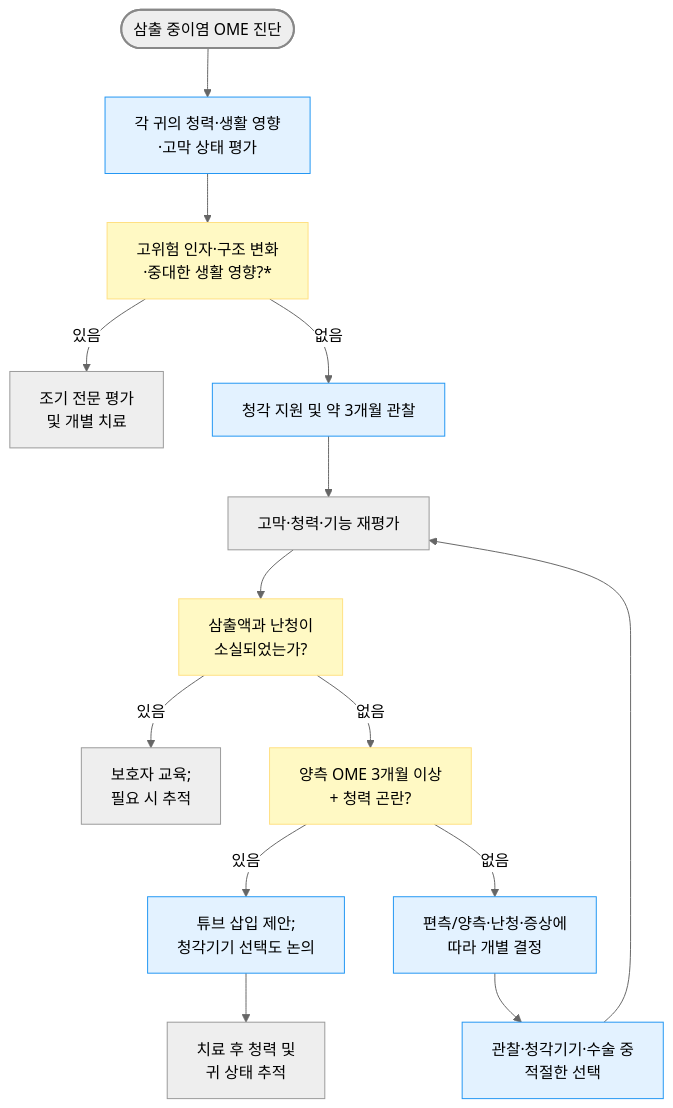
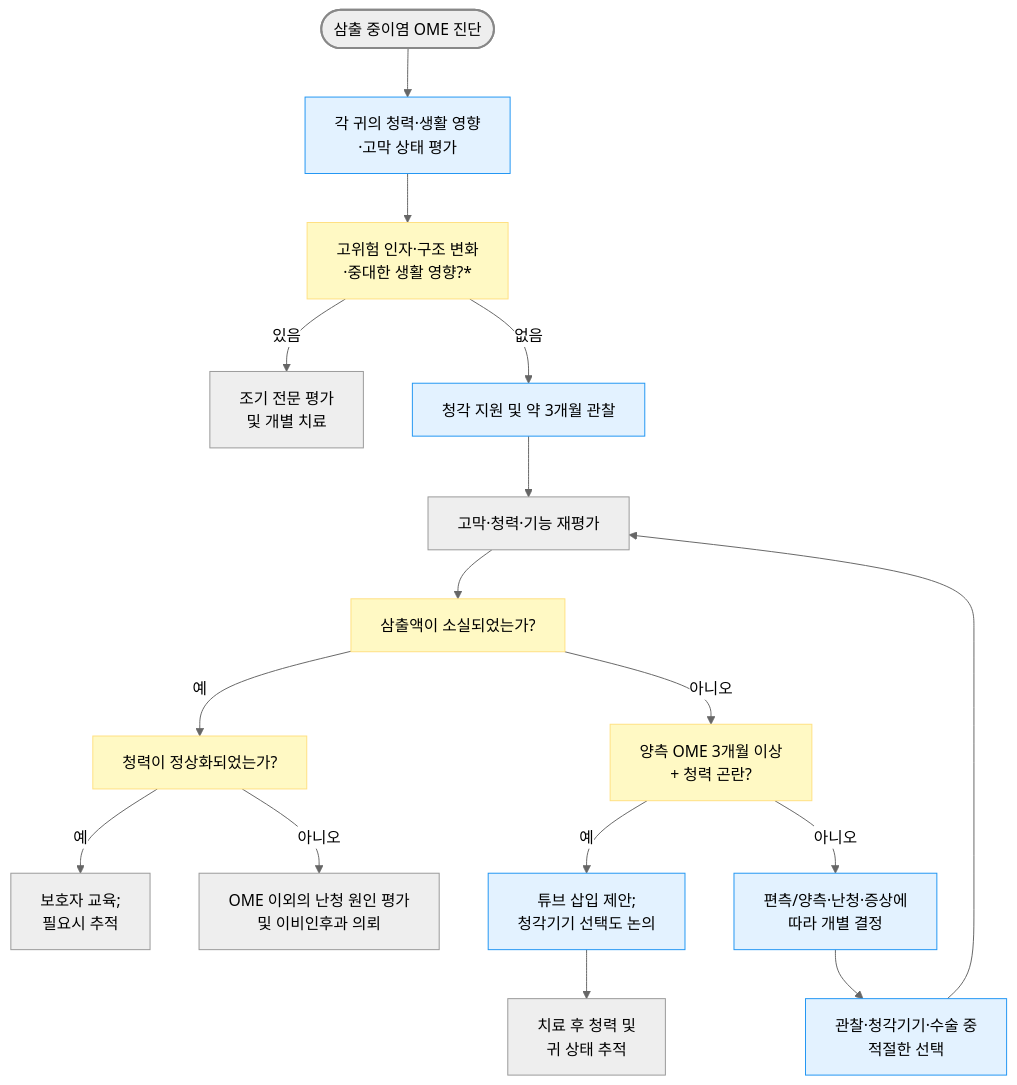
One commit to familyoh77/familyoh77 changed the diagram in 222_/048_-otitis-media.md. Above: the diagram before and after it, drawn with Mermaid (neutral theme). The commit also changed other lines of this file, not shown here.

````diff
--- a/222_/048_-otitis-media.md
+++ b/222_/048_-otitis-media.md
@@ -188,21 +189,23 @@
 ```mermaid
 graph TD
     Start(["삼출 중이염 OME 진단"]) --> Eval["각 귀의 청력·생활 영향<br/>·고막 상태 평가"]
     Eval --> Risk["고위험 인자·구조 변화<br/>·중대한 생활 영향?*"]
     Risk -- 있음 --> Early["조기 전문 평가 <br/>및 개별 치료"]
     Risk -- 없음 --> Observe["청각 지원 및 약 3개월 관찰"]
     Observe --> Review["고막·청력·기능 재평가"]
-    Review --> Gone["삼출액과 난청이 <br/>소실되었는가?"]
-    Gone -- 있음 --> End["보호자 교육; <br/>필요 시 추적"]
-    Gone -- 없음 --> Bilateral["양측 OME 3개월 이상 <br/>+ 청력 곤란?"]
-    Bilateral -- 있음 --> Offer["튜브 삽입 제안; <br/>청각기기 선택도 논의"]
-    Bilateral -- 없음 --> Tailor["편측/양측·난청·증상에 <br/>따라 개별 결정"]
+    Review --> Gone["삼출액이 소실되었는가?"]
+    Gone -- 예 --> Hearing["청력이 정상화되었는가?"]
+    Hearing -- 예 --> End["보호자 교육; <br/>필요시 추적"]
+    Hearing -- 아니오 --> Other["OME 이외의 난청 원인 평가<br/>및 이비인후과 의뢰"]
+    Gone -- 아니오 --> Bilateral["양측 OME 3개월 이상 <br/>+ 청력 곤란?"]
+    Bilateral -- 예 --> Offer["튜브 삽입 제안; <br/>청각기기 선택도 논의"]
+    Bilateral -- 아니오 --> Tailor["편측/양측·난청·증상에 <br/>따라 개별 결정"]
     Offer --> Follow["치료 후 청력 및 <br/>귀 상태 추적"]
     Tailor --> Plan["관찰·청각기기·수술 중 <br/>적절한 선택"]
     Plan --> Review
     style Start fill:#eeeeee,stroke:#888888,stroke-width:2px
     classDef sky fill:#e3f2ff,stroke:#2196f3
     class Eval,Observe,Offer,Tailor,Plan sky
     classDef q fill:#fff9c4,stroke:#ffe082
-    class Risk,Gone,Bilateral q
+    class Risk,Gone,Hearing,Bilateral q
 ```
````
